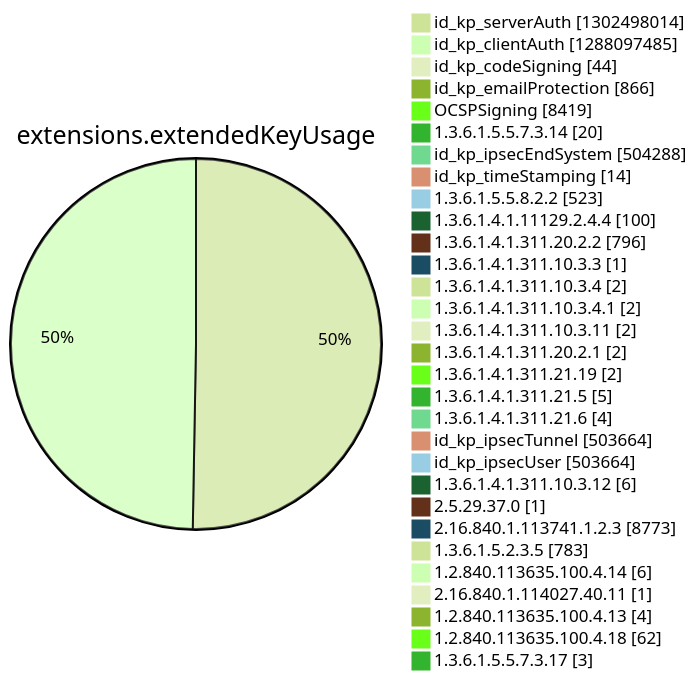
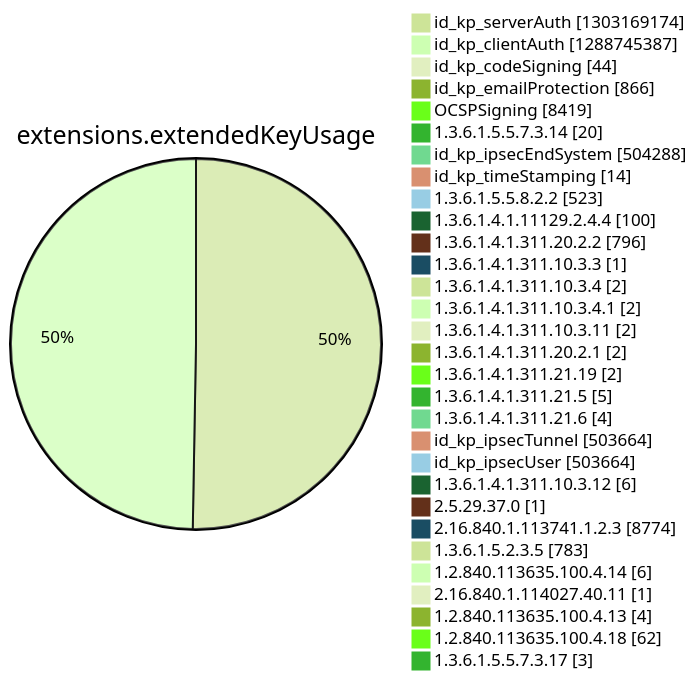
Before and after one commit to christiankrug/ctmonitor_visualization: diagram 12 of 15 in argon2022/README.md, drawn with Mermaid (forest theme). The commit also changed other lines of this file, not shown here.

````diff
--- a/argon2022/README.md
+++ b/argon2022/README.md
@@ -3551,34 +3551,34 @@
 ```mermaid
 pie showData
 title extensions.extendedKeyUsage
-"id_kp_serverAuth" :1302498014
-"id_kp_clientAuth" :1288097485
+"id_kp_serverAuth" :1303169174
+"id_kp_clientAuth" :1288745387
 "id_kp_codeSigning" :44
 "id_kp_emailProtection" :866
 "OCSPSigning" :8419
 "1.3.6.1.5.5.7.3.14" :20
 "id_kp_ipsecEndSystem" :504288
 "id_kp_timeStamping" :14
 "1.3.6.1.5.5.8.2.2" :523
 "1.3.6.1.4.1.11129.2.4.4" :100
 "1.3.6.1.4.1.311.20.2.2" :796
 "1.3.6.1.4.1.311.10.3.3" :1
 "1.3.6.1.4.1.311.10.3.4" :2
 "1.3.6.1.4.1.311.10.3.4.1" :2
 "1.3.6.1.4.1.311.10.3.11" :2
 "1.3.6.1.4.1.311.20.2.1" :2
 "1.3.6.1.4.1.311.21.19" :2
 "1.3.6.1.4.1.311.21.5" :5
 "1.3.6.1.4.1.311.21.6" :4
 "id_kp_ipsecTunnel" :503664
 "id_kp_ipsecUser" :503664
 "1.3.6.1.4.1.311.10.3.12" :6
 "2.5.29.37.0" :1
-"2.16.840.1.113741.1.2.3" :8773
+"2.16.840.1.113741.1.2.3" :8774
 "1.3.6.1.5.2.3.5" :783
 "1.2.840.113635.100.4.14" :6
 "2.16.840.1.114027.40.11" :1
 "1.2.840.113635.100.4.13" :4
 "1.2.840.113635.100.4.18" :62
 "1.3.6.1.5.5.7.3.17" :3
 ```
````
